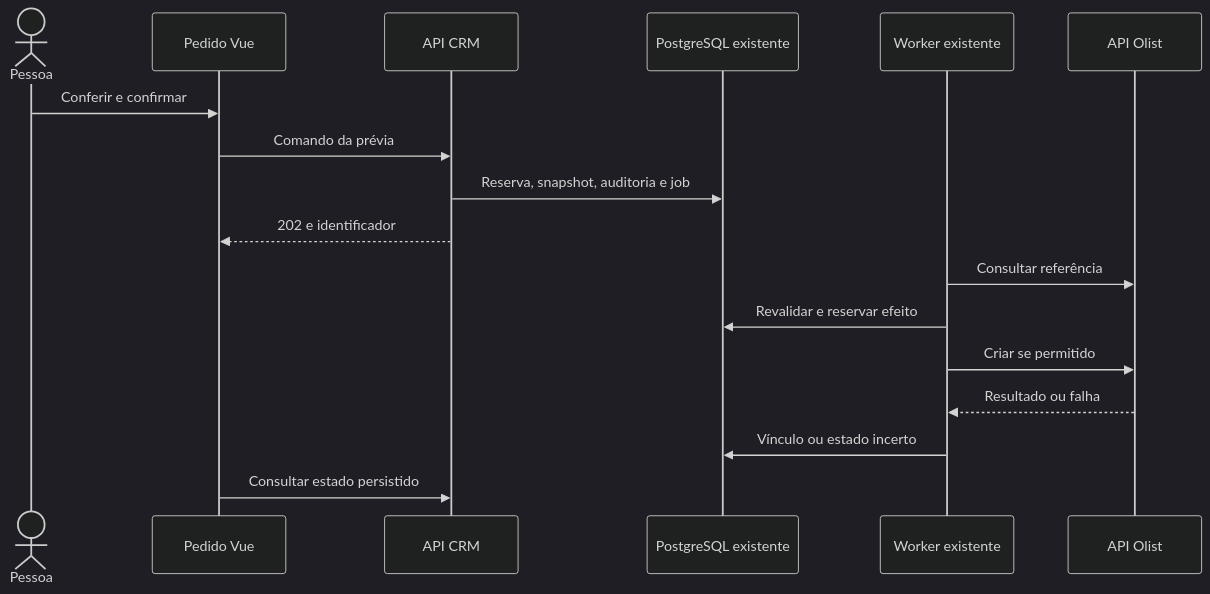
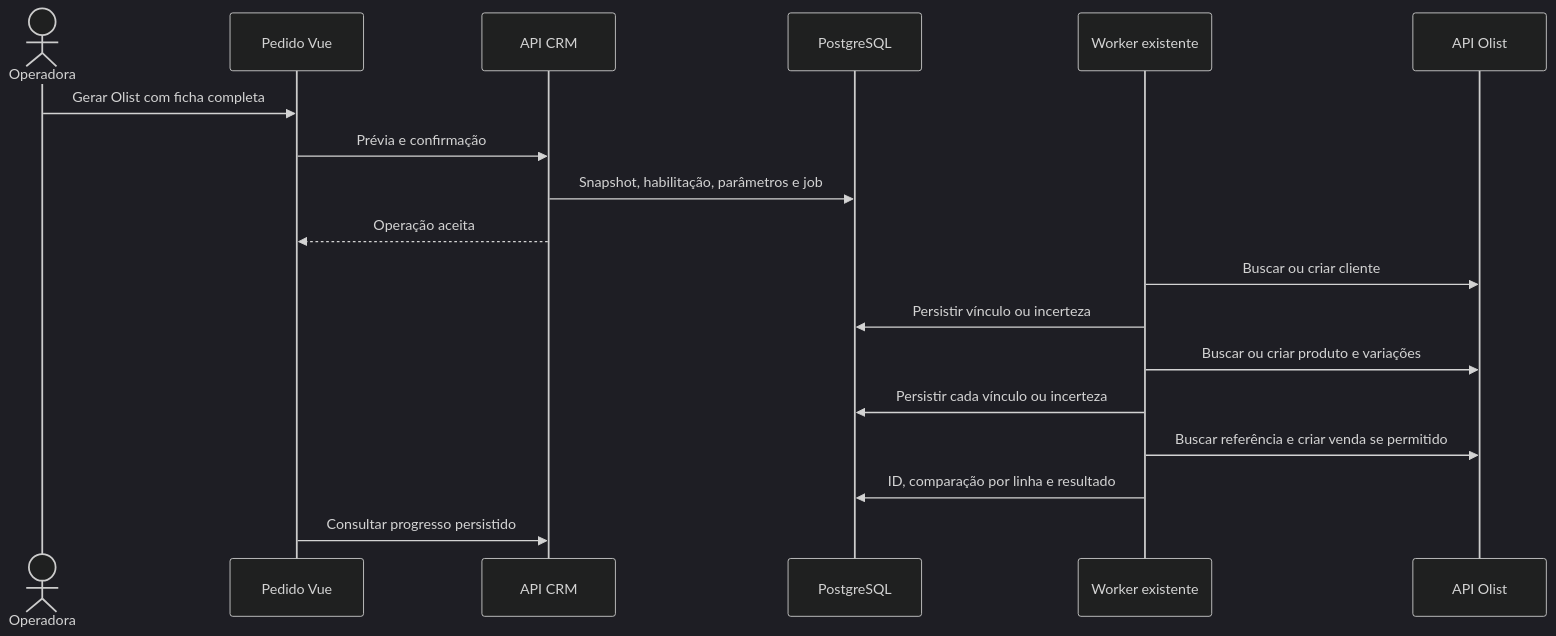
One commit to romulosutil/crm-silmer changed the first of 2 diagrams in docs/rfc/044-geracao-assistida-de-pedidos-no-olist.md. Above: the diagram before and after it, drawn with Mermaid (dark theme). The commit also changed other lines of this file and 11 other files, not shown here.

````diff
--- a/docs/rfc/044-geracao-assistida-de-pedidos-no-olist.md
+++ b/docs/rfc/044-geracao-assistida-de-pedidos-no-olist.md
@@ -249,19 +364,20 @@
 ```mermaid
 sequenceDiagram
-    actor Pessoa
+    actor Operadora
     participant UI as Pedido Vue
     participant API as API CRM
-    participant DB as PostgreSQL existente
+    participant DB as PostgreSQL
     participant Worker as Worker existente
     participant ERP as API Olist
-    Pessoa->>UI: Conferir e confirmar
-    UI->>API: Comando da prévia
-    API->>DB: Reserva, snapshot, auditoria e job
-    API-->>UI: 202 e identificador
-    Worker->>ERP: Consultar referência
-    Worker->>DB: Revalidar e reservar efeito
-    Worker->>ERP: Criar se permitido
-    ERP-->>Worker: Resultado ou falha
-    Worker->>DB: Vínculo ou estado incerto
-    UI->>API: Consultar estado persistido
+    Operadora->>UI: Gerar Olist com ficha completa
+    UI->>API: Prévia e confirmação
+    API->>DB: Snapshot, habilitação, parâmetros e job
+    API-->>UI: Operação aceita
+    Worker->>ERP: Buscar ou criar cliente
+    Worker->>DB: Persistir vínculo ou incerteza
+    Worker->>ERP: Buscar ou criar produto e variações
+    Worker->>DB: Persistir cada vínculo ou incerteza
+    Worker->>ERP: Buscar referência e criar venda se permitido
+    Worker->>DB: ID, comparação por linha e resultado
+    UI->>API: Consultar progresso persistido
 ```
````
